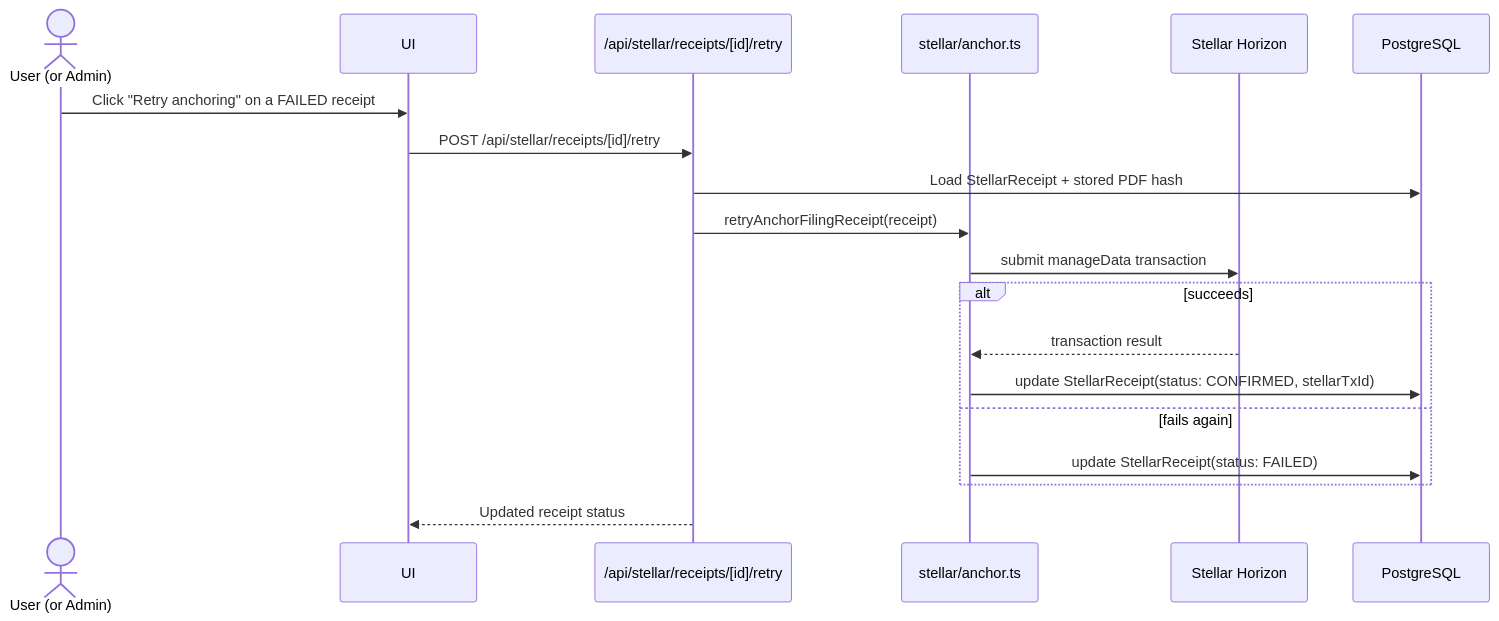
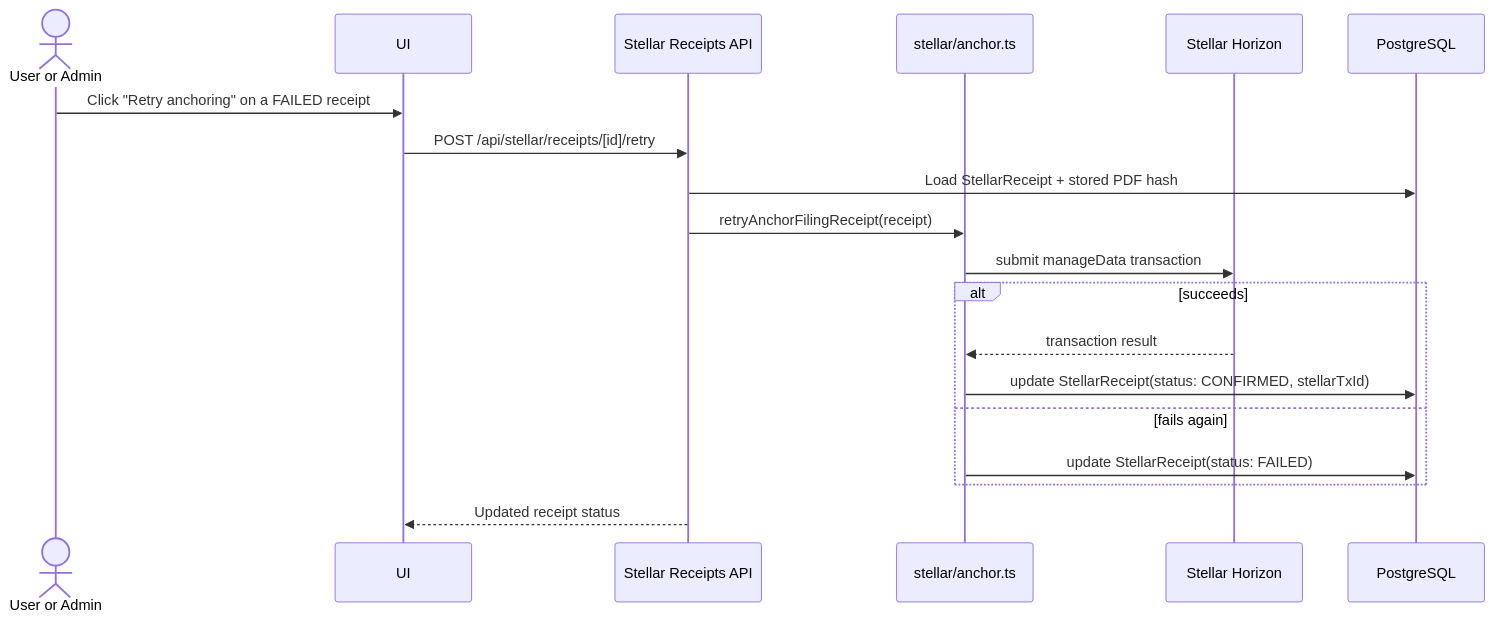
The fourth of 4 diagrams in README.md (0xhakua/Kuwenta), drawn with Mermaid before and after one commit. The commit also changed other lines of this file, not shown here.

First line of the commit message:
Fix Mermaid parse error in auth-flow sequence diagram

````diff
--- a/README.md
+++ b/README.md
@@ -184,22 +186,22 @@
 ```mermaid
 sequenceDiagram
-    actor U as User (or Admin)
+    actor U as User or Admin
     participant UI as UI
-    participant API as /api/stellar/receipts/[id]/retry
+    participant API as Stellar Receipts API
     participant STELLAR as stellar/anchor.ts
     participant HORIZON as Stellar Horizon
     participant DB as PostgreSQL
 
     U->>UI: Click "Retry anchoring" on a FAILED receipt
     UI->>API: POST /api/stellar/receipts/[id]/retry
     API->>DB: Load StellarReceipt + stored PDF hash
     API->>STELLAR: retryAnchorFilingReceipt(receipt)
     STELLAR->>HORIZON: submit manageData transaction
     alt succeeds
         HORIZON-->>STELLAR: transaction result
         STELLAR->>DB: update StellarReceipt(status: CONFIRMED, stellarTxId)
     else fails again
         STELLAR->>DB: update StellarReceipt(status: FAILED)
     end
     API-->>UI: Updated receipt status
 ```
````
